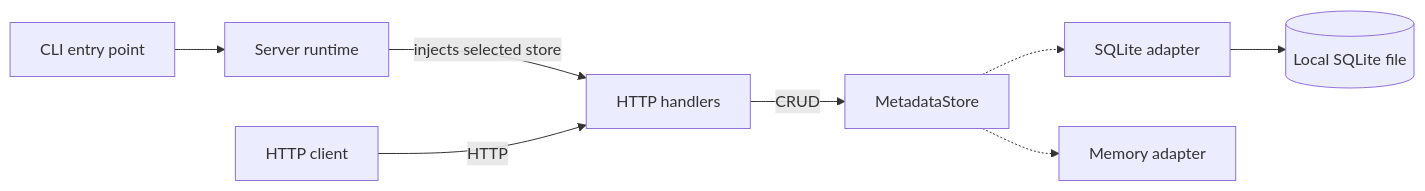
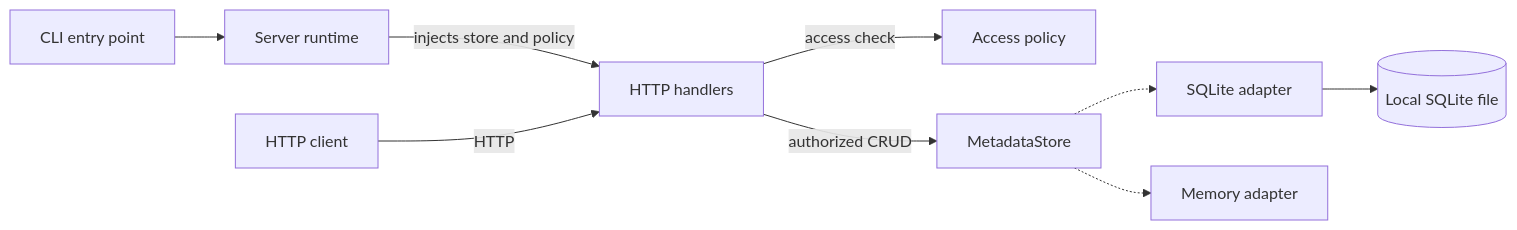
The first of 2 diagrams in README.md (henryzdai/metadata-api), drawn with Mermaid before and after one commit. The commit also changed other lines of this file and 30 other files, not shown here.

````diff
--- a/README.md
+++ b/README.md
@@ -80,10 +81,11 @@
 ```mermaid
 flowchart LR
 	entry["CLI entry point"] --> runtime["Server runtime"]
-	runtime -->|injects selected store| api["HTTP handlers"]
+	runtime -->|injects store and policy| api["HTTP handlers"]
 	client["HTTP client"] -->|HTTP| api
-	api -->|CRUD| store["MetadataStore"]
+	api -->|access check| access["Access policy"]
+	api -->|authorized CRUD| store["MetadataStore"]
 	store -.-> sqlite["SQLite adapter"]
 	store -.-> memory["Memory adapter"]
 	sqlite --> database[("Local SQLite file")]
 ```
````
